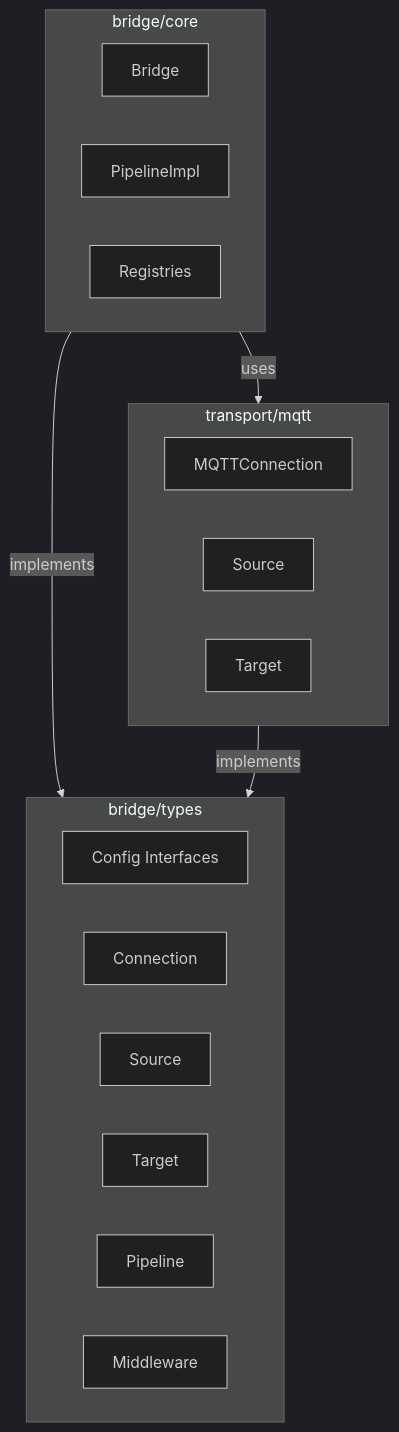
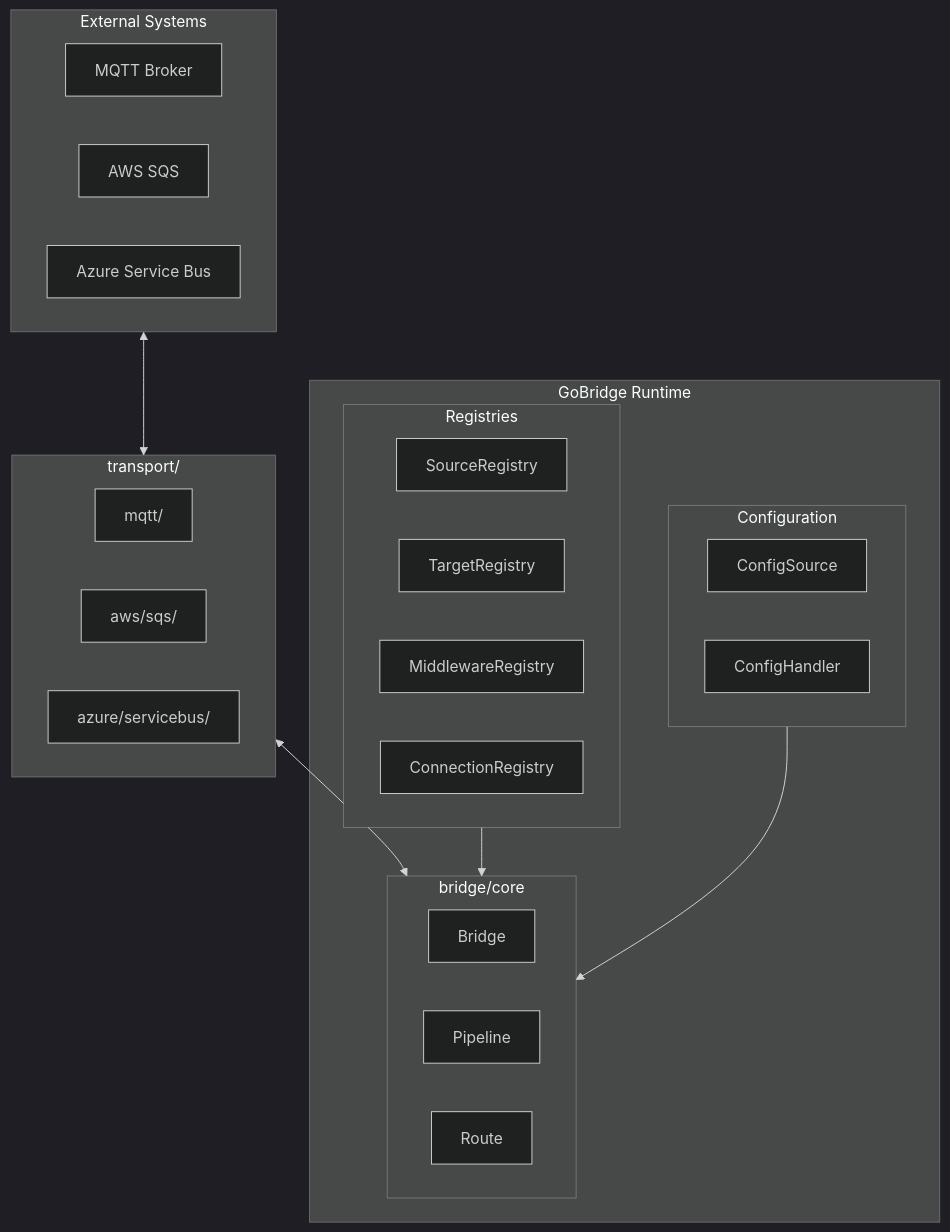
Before and after one commit to mariotoffia/gobridge: the first of 9 diagrams in bridge/types/ARCHITECTURE.md, drawn with Mermaid (dark theme). The commit also changed other lines of this file and 4 other files, not shown here.

````diff
--- a/bridge/types/ARCHITECTURE.md
+++ b/bridge/types/ARCHITECTURE.md
@@ -9,27 +26,39 @@
 ```mermaid
 graph TB
-    subgraph types [bridge/types]
-        Config[Config Interfaces]
-        Connection[Connection]
-        Source[Source]
-        Target[Target]
-        Pipeline[Pipeline]
-        Middleware[Middleware]
+    subgraph External [External Systems]
+        MQTT[MQTT Broker]
+        SQS[AWS SQS]
+        ASB[Azure Service Bus]
     end
     
-    subgraph core [bridge/core]
-        Bridge[Bridge]
-        PipelineImpl[PipelineImpl]
-        Registries[Registries]
+    subgraph GoBridge [GoBridge Runtime]
+        subgraph Core [bridge/core]
+            Bridge[Bridge]
+            Pipeline[Pipeline]
+            Route[Route]
+        end
+        
+        subgraph Registries [Registries]
+            SR[SourceRegistry]
+            TR[TargetRegistry]
+            MR[MiddlewareRegistry]
+            CR[ConnectionRegistry]
+        end
+        
+        subgraph Config [Configuration]
+            CS[ConfigSource]
+            CH[ConfigHandler]
+        end
     end
     
-    subgraph transport [transport/mqtt]
-        MQTTConn[MQTTConnection]
-        MQTTSrc[Source]
-        MQTTTgt[Target]
+    subgraph Transports [transport/]
+        MQTTTransport[mqtt/]
+        SQSTransport[aws/sqs/]
+        ASBTransport[azure/servicebus/]
     end
     
-    core -->|implements| types
-    transport -->|implements| types
-    core -->|uses| transport
+    External <--> Transports
+    Transports <--> Core
+    Registries --> Core
+    Config --> Core
 ```
````
